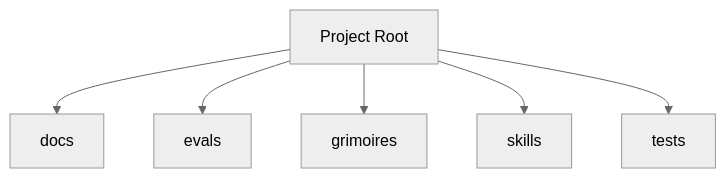
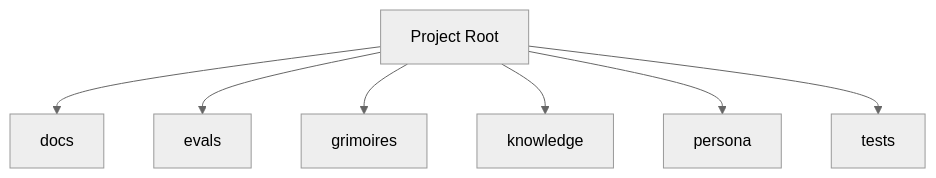
Before and after one commit to 0xHoneyJar/loa-dixie: the diagram in BUTTERFREEZONE.md, drawn with Mermaid (neutral theme). The commit also changed other lines of this file and 18 other files, not shown here.

````diff
--- a/BUTTERFREEZONE.md
+++ b/BUTTERFREEZONE.md
@@ -68,14 +55,16 @@
 ```mermaid
 graph TD
     docs[docs]
     evals[evals]
     grimoires[grimoires]
-    skills[skills]
+    knowledge[knowledge]
+    persona[persona]
     tests[tests]
     Root[Project Root]
     Root --> docs
     Root --> evals
     Root --> grimoires
-    Root --> skills
+    Root --> knowledge
+    Root --> persona
     Root --> tests
 ```
````
